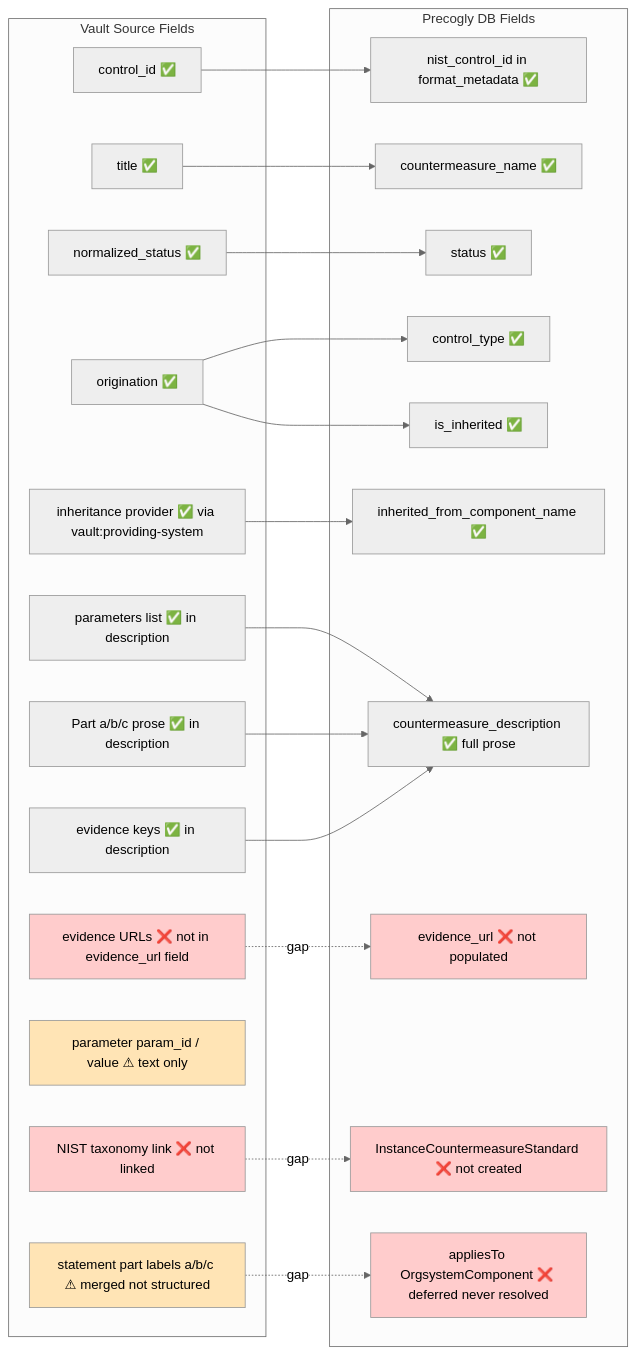
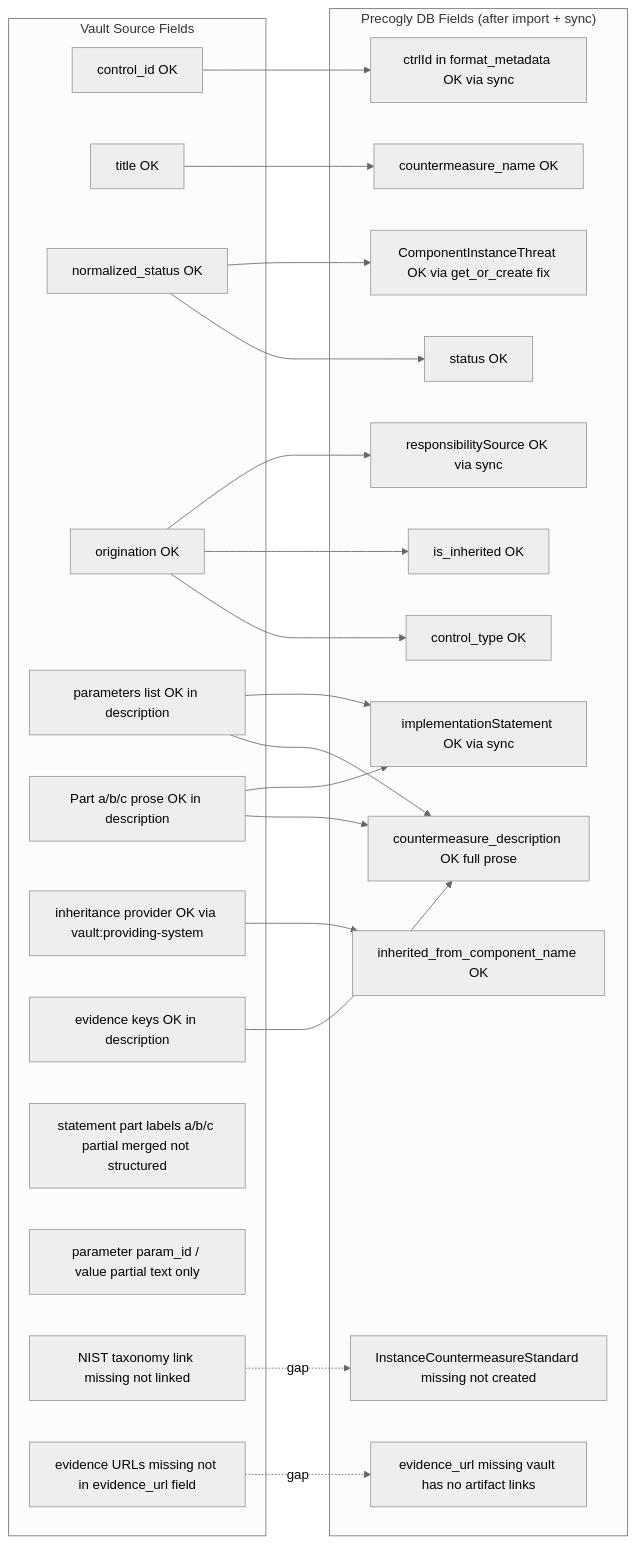
The fifth of 7 diagrams in docs/pipeline-diagrams.md (GSA-TTS/precogly-federal-toolkit), drawn with Mermaid (neutral theme) before and after one commit. The commit also changed other lines of this file and 28 other files, not shown here.

````diff
--- a/docs/pipeline-diagrams.md
+++ b/docs/pipeline-diagrams.md
@@ -214,49 +233,45 @@
 ```mermaid
 flowchart LR
     subgraph vault_source["Vault Source Fields"]
-        V1[control_id ✅]
-        V2[title ✅]
-        V3[normalized_status ✅]
-        V4[origination ✅]
-        V5[parameters list ✅ in description]
-        V6[Part a/b/c prose ✅ in description]
-        V7[inheritance provider ✅ via vault:providing-system]
-        V8[evidence keys ✅ in description]
-        V9[statement part labels a/b/c ⚠ merged not structured]
-        V10[parameter param_id / value ⚠ text only]
-        V11[NIST taxonomy link ❌ not linked]
-        V12[evidence URLs ❌ not in evidence_url field]
+        V1[control_id OK]
+        V2[title OK]
+        V3[normalized_status OK]
+        V4[origination OK]
+        V5[parameters list OK in description]
+        V6[Part a/b/c prose OK in description]
+        V7[inheritance provider OK via vault:providing-system]
+        V8[evidence keys OK in description]
+        V9[statement part labels a/b/c partial merged not structured]
+        V10[parameter param_id / value partial text only]
+        V11[NIST taxonomy link missing not linked]
+        V12[evidence URLs missing not in evidence_url field]
     end
 
-    subgraph precogly_db["Precogly DB Fields"]
-        P1[nist_control_id in format_metadata ✅]
-        P2[countermeasure_name ✅]
-        P3[status ✅]
-        P4[control_type ✅]
-        P5[is_inherited ✅]
-        P6[inherited_from_component_name ✅]
-        P7[countermeasure_description ✅ full prose]
-        P8[evidence_url ❌ not populated]
-        P9[InstanceCountermeasureStandard ❌ not created]
-        P10[appliesTo OrgsystemComponent ❌ deferred never resolved]
+    subgraph precogly_db["Precogly DB Fields (after import + sync)"]
+        P1[ctrlId in format_metadata OK via sync]
+        P2[countermeasure_name OK]
+        P3[status OK]
+        P4[control_type OK]
+        P5[is_inherited OK]
+        P6[inherited_from_component_name OK]
+        P7[countermeasure_description OK full prose]
+        P8[responsibilitySource OK via sync]
+        P9[implementationStatement OK via sync]
+        P10[ComponentInstanceThreat OK via get_or_create fix]
+        P11[evidence_url missing vault has no artifact links]
+        P12[InstanceCountermeasureStandard missing not created]
     end
 
     V1 --> P1
     V2 --> P2
     V3 --> P3
     V4 --> P4
     V4 --> P5
     V7 --> P6
     V5 & V6 & V8 --> P7
-    V12 -.->|gap| P8
-    V11 -.->|gap| P9
-    V9 -.->|gap| P10
-
-    style V9 fill:#ffe4b5
-    style V10 fill:#ffe4b5
-    style V11 fill:#ffcccc
-    style V12 fill:#ffcccc
-    style P8 fill:#ffcccc
-    style P9 fill:#ffcccc
-    style P10 fill:#ffcccc
+    V4 --> P8
+    V5 & V6 --> P9
+    V3 --> P10
+    V12 -.->|gap| P11
+    V11 -.->|gap| P12
 ```
````
